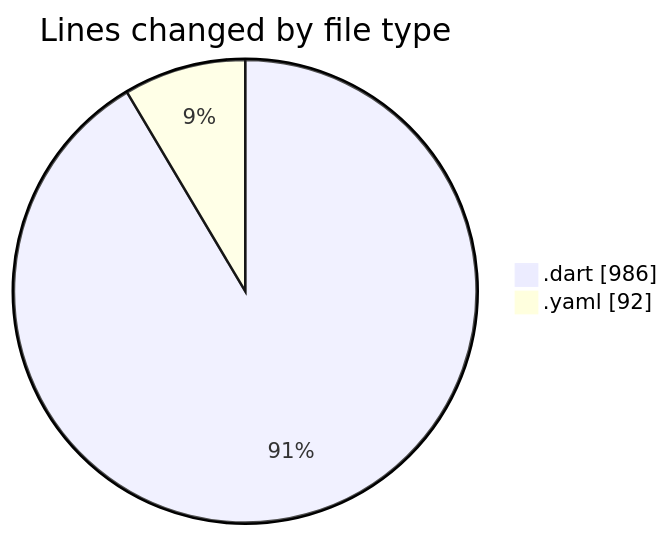
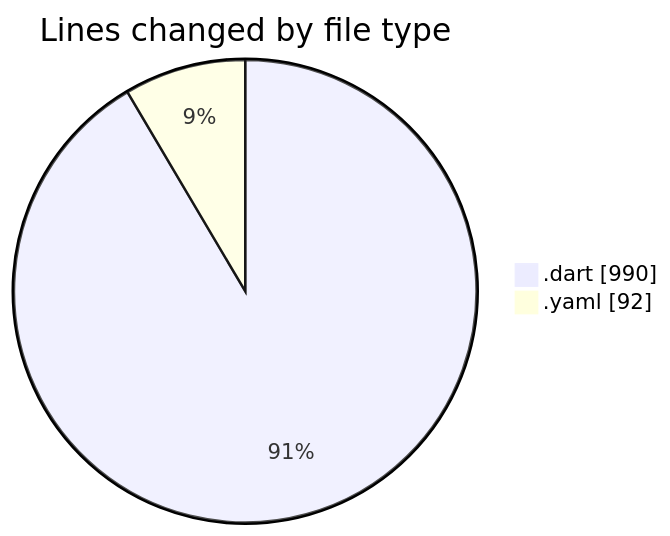
One commit to donsfak/code-tracking changed the first of 2 diagrams in 2025-03-27/wordle/README.md. Above: the diagram before and after it, drawn with Mermaid. The commit also changed other lines of this file and 1 other file, not shown here.

````diff
--- a/2025-03-27/wordle/README.md
+++ b/2025-03-27/wordle/README.md
@@ -28,6 +28,6 @@
 ```mermaid
 pie showData
 title Lines changed by file type
-".dart" : 986
+".dart" : 990
 ".yaml" : 92
 ```
````
